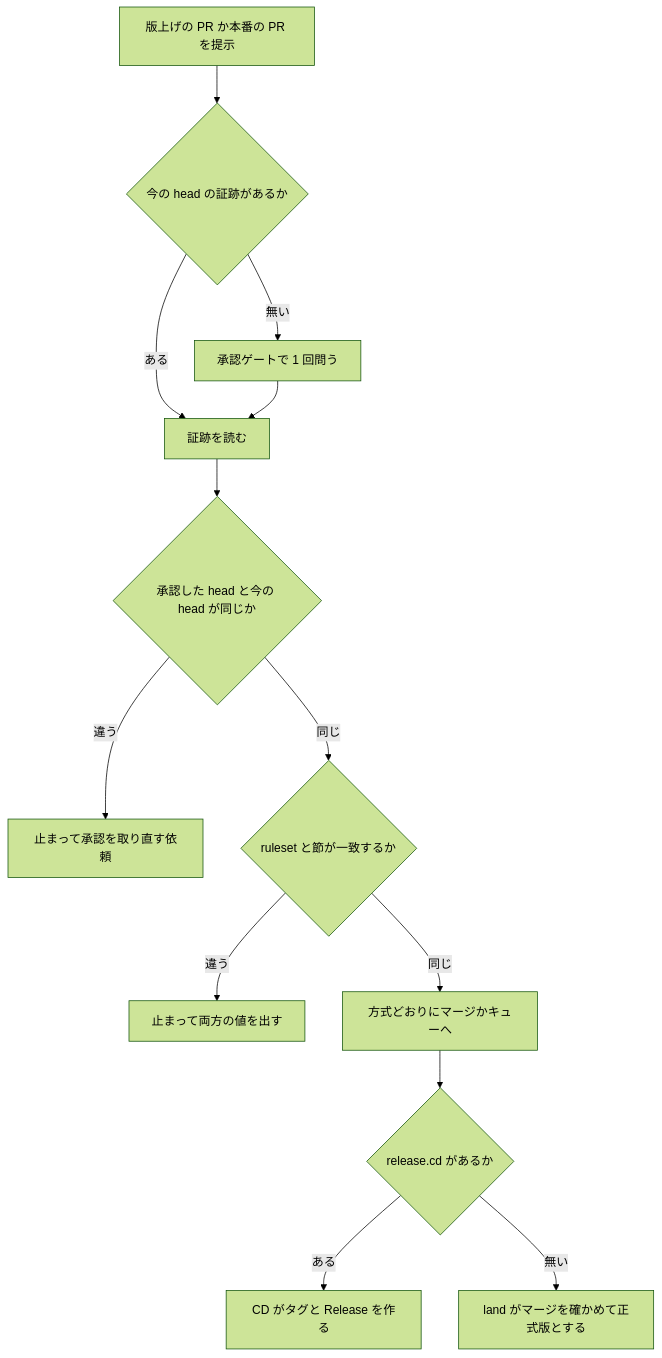
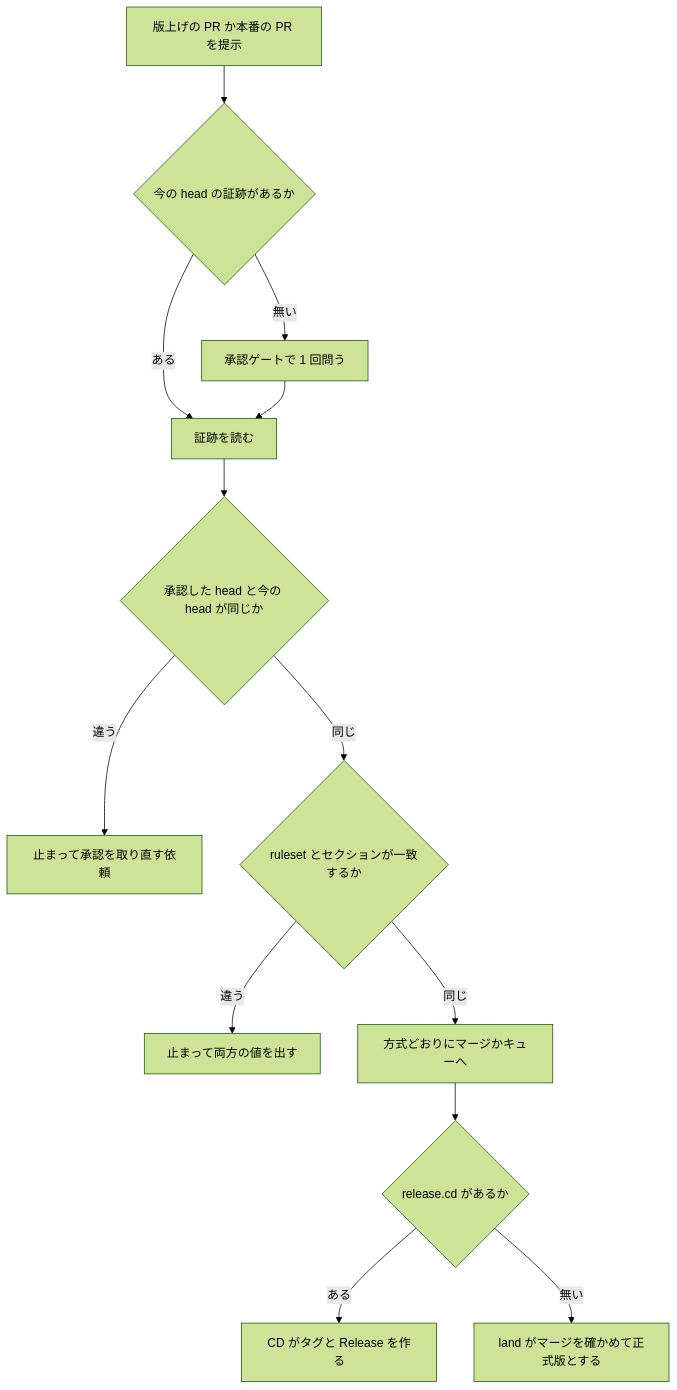
Before and after one commit to devbasex/ai-plugins: the third of 3 diagrams in issues/issue-3672-design.md, drawn with Mermaid (forest theme). The commit also changed other lines of this file and 5 other files, not shown here.

````diff
--- a/issues/issue-3672-design.md
+++ b/issues/issue-3672-design.md
@@ -329,15 +329,15 @@
 ```mermaid
 flowchart TD
     A[版上げの PR か本番の PR を提示] --> B{今の head の証跡があるか}
     B -->|無い| C[承認ゲートで 1 回問う]
     B -->|ある| D[証跡を読む]
     C --> D
     D --> E{承認した head と今の head が同じか}
     E -->|違う| X[止まって承認を取り直す依頼]
-    E -->|同じ| F{ruleset と節が一致するか}
+    E -->|同じ| F{ruleset とセクションが一致するか}
     F -->|違う| Y[止まって両方の値を出す]
     F -->|同じ| G[方式どおりにマージかキューへ]
     G --> H{release.cd があるか}
     H -->|ある| I[CD がタグと Release を作る]
     H -->|無い| J[land がマージを確かめて正式版とする]
 ```
````
